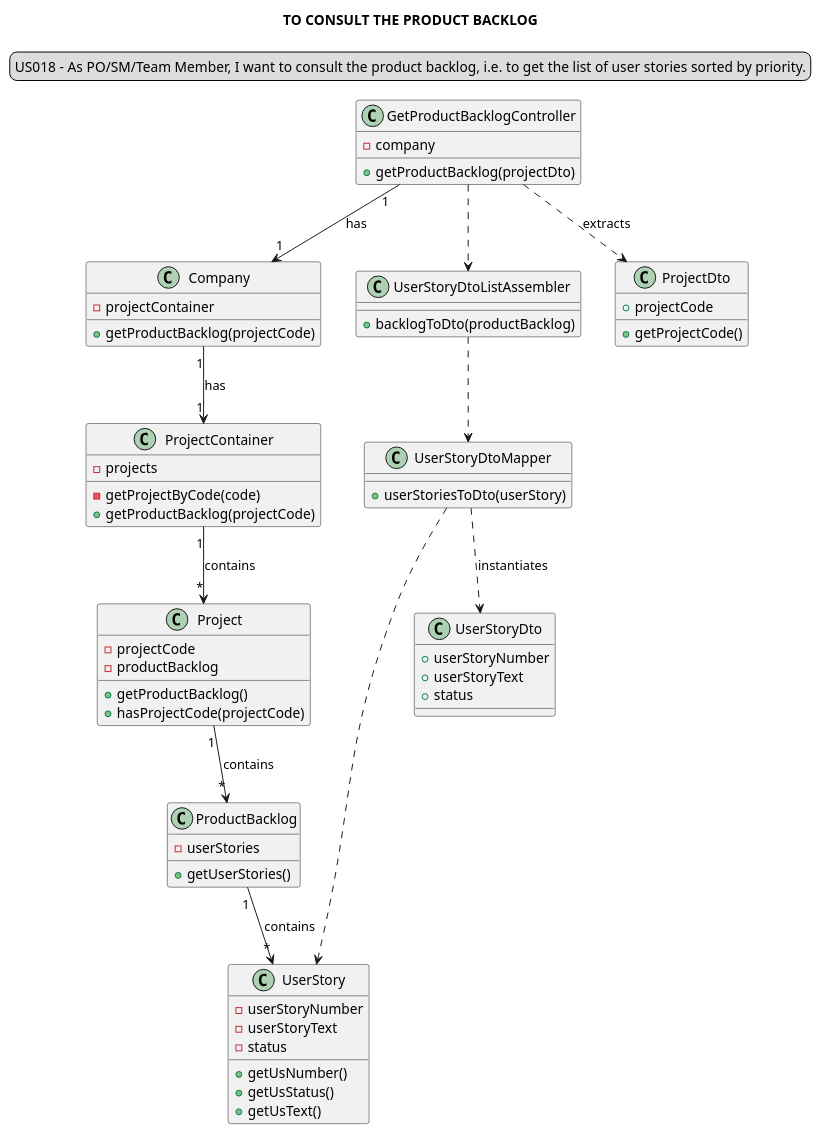
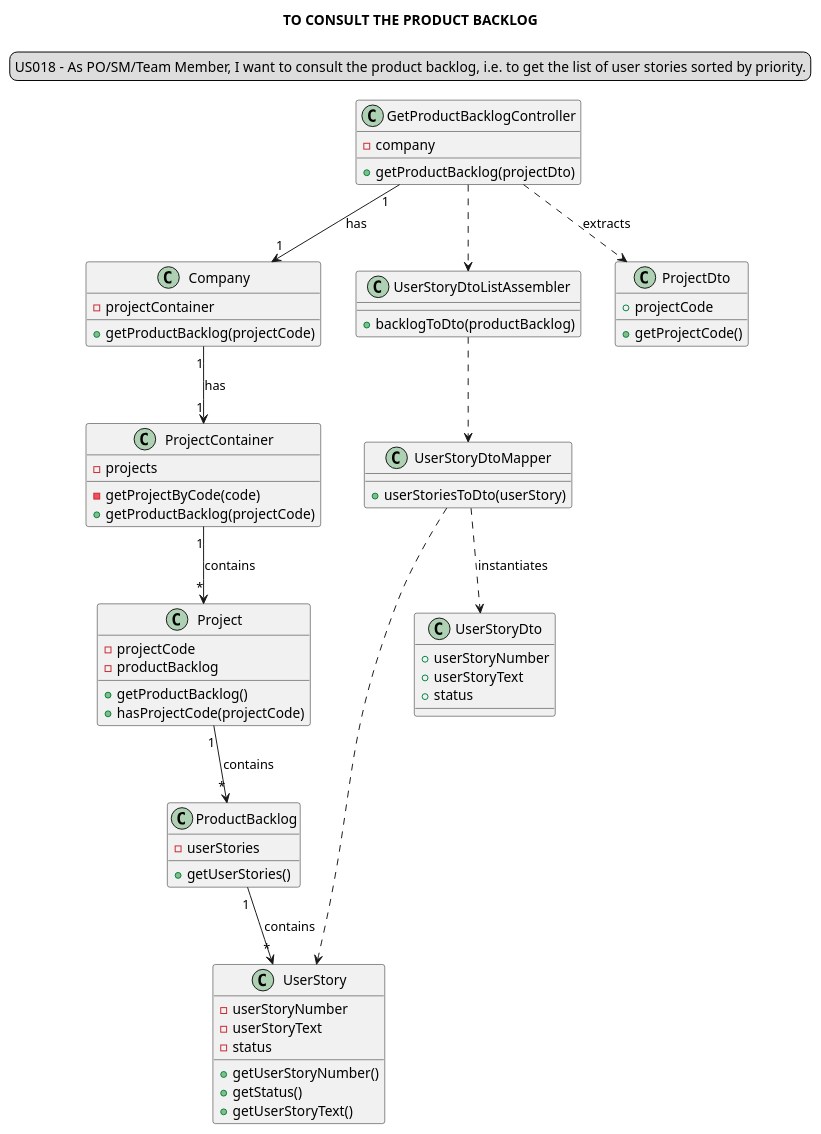
Before and after one commit to Loracline/project_switch_22-23: the diagram in docs/modelling_design/user_stories/sprint03/us018/US018_ClassDiagram.puml, drawn with PlantUML. The commit also changed 1 other file, not shown here.

```diff
--- a/docs/modelling_design/user_stories/sprint03/us018/US018_ClassDiagram.puml
+++ b/docs/modelling_design/user_stories/sprint03/us018/US018_ClassDiagram.puml
@@ -1,78 +1,78 @@
 @startuml
 'https://plantuml.com/class-diagram
 
 title TO CONSULT THE PRODUCT BACKLOG
 skinparam sequenceMessageAlign center
 legend top
 US018 - As PO/SM/Team Member, I want to consult the product backlog, i.e. to get the list of user stories sorted by priority.
 end legend
 
 class "GetProductBacklogController" {
 -company
 +getProductBacklog(projectDto)
 }
 
 class "Company"{
 -projectContainer
 +getProductBacklog(projectCode)
 }
 
 class "ProjectContainer"{
 -projects
 -getProjectByCode(code)
 +getProductBacklog(projectCode)
 }
 
 class "Project"{
 -projectCode
 -productBacklog
 +getProductBacklog()
 +hasProjectCode(projectCode)
 }
 
 class "ProductBacklog"{
 -userStories
 +getUserStories()
 }
 
 class "UserStory"{
 -userStoryNumber
 -userStoryText
 -status
-+getUsNumber()
-+getUsStatus()
-+getUsText()
++getUserStoryNumber()
++getStatus()
++getUserStoryText()
 }
 
 
 class "UserStoryDtoListAssembler"{
 +backlogToDto(productBacklog)
 }
 
 class "UserStoryDtoMapper"{
 +userStoriesToDto(userStory)
 }
 
 class "UserStoryDto"{
 +userStoryNumber
 +userStoryText
 +status
 }
 
 class "ProjectDto"{
 +projectCode
 +getProjectCode()
 }
 
 "GetProductBacklogController" "1"-->"1" "Company": has
 "GetProductBacklogController" ..> "UserStoryDtoListAssembler"
 "UserStoryDtoListAssembler" ..> "UserStoryDtoMapper"
 "UserStoryDtoMapper" ..> "UserStory"
 "Company" "1"-->"1" "ProjectContainer": has
 "ProjectContainer" "1"-->"*" Project: contains
 "GetProductBacklogController" ..> ProjectDto: extracts
 "Project" "1"-->"*" ProductBacklog: contains
 "ProductBacklog" "1"-->"*" UserStory: contains
 "UserStoryDtoMapper" ..> "UserStoryDto": instantiates
 
 @enduml
```
